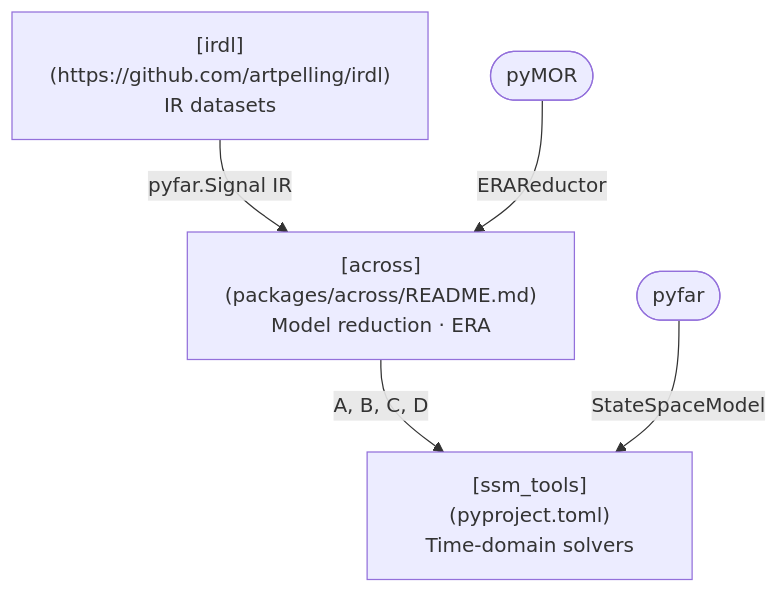
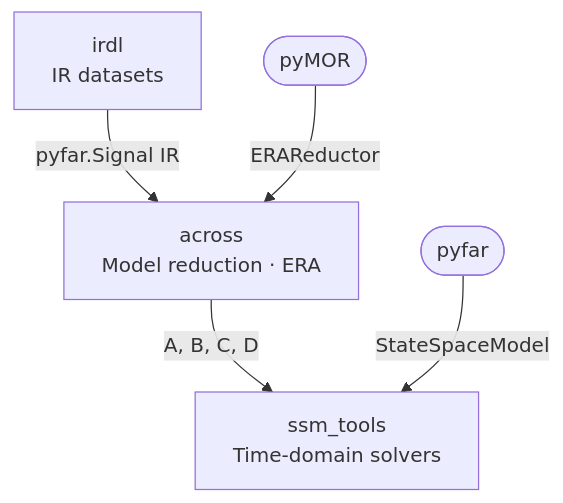
The diagram in README.md (artpelling/ssm-tools), drawn with Mermaid before and after one commit.

````diff
--- a/README.md
+++ b/README.md
@@ -5,14 +5,20 @@
 ```mermaid
 graph TD
-    irdl["[irdl](https://github.com/artpelling/irdl)\nIR datasets"]
-    across["[across](packages/across/README.md)\nModel reduction · ERA"]
-    ssm["[ssm_tools](pyproject.toml)\nTime-domain solvers"]
+    irdl["irdl\nIR datasets"]
+    across["across\nModel reduction · ERA"]
+    ssm["ssm_tools\nTime-domain solvers"]
 
     pyfar([pyfar])
     pymor([pyMOR])
 
     irdl -->|pyfar.Signal IR| across
     across -->|A, B, C, D| ssm
     pymor -->|ERAReductor| across
     pyfar -->|StateSpaceModel| ssm
+
+    click irdl "https://github.com/artpelling/irdl"
+    click across "packages/across/README.md"
+    click ssm "pyproject.toml"
+    click pyfar "https://pyfar.org"
+    click pymor "https://pymor.org"
 ```
````
